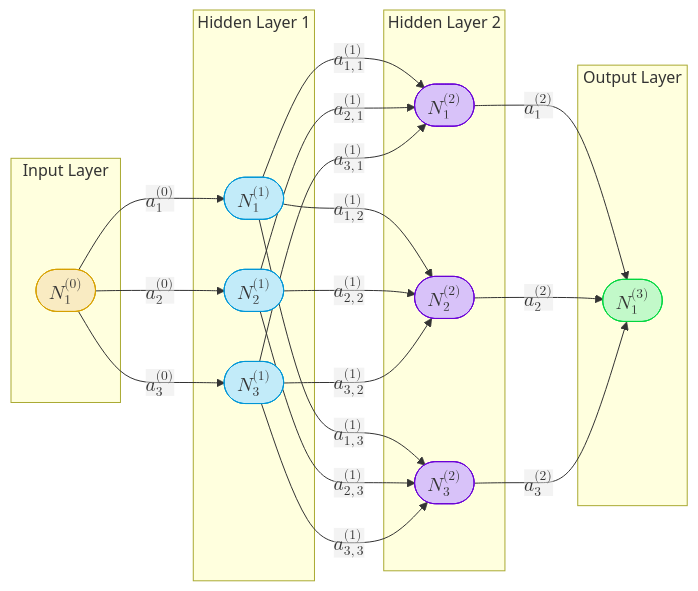
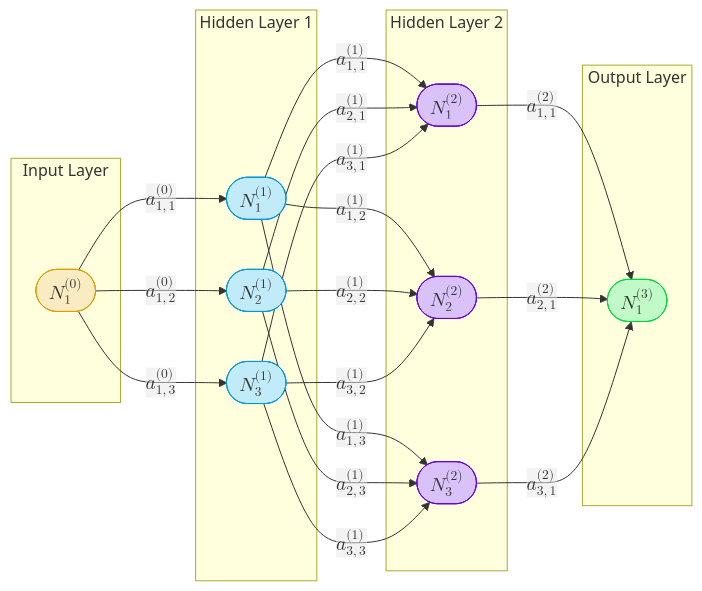
Before and after one commit to KevinJKoning/SEH: the first of 4 diagrams in quarto/2.4-machine_learning.qmd, drawn with Mermaid. The commit also changed other lines of this file, not shown here.

````diff
--- a/quarto/2.4-machine_learning.qmd
+++ b/quarto/2.4-machine_learning.qmd
@@ -93,52 +99,52 @@
 ```{mermaid}
 graph LR
   %% Define classes with desired styles
   classDef inputLayer fill:#f9ebc2,stroke:#d6a000;
   classDef hiddenLayer1 fill:#c2ebf9,stroke:#0096d6;
   classDef hiddenLayer2 fill:#d8c2f9,stroke:#6a00d6;
   classDef outputLayer fill:#c2f9c9,stroke:#00d640;
 
   subgraph Input Layer
     N1(["$$N^{(0)}_{1}$$"])
     class N1 inputLayer;
   end
 
   subgraph Hidden Layer 1
     N2(["$$N^{(1)}_{1}$$"])
     N3(["$$N^{(1)}_{2}$$"])
     N4(["$$N^{(1)}_{3}$$"])
     class N2,N3,N4 hiddenLayer1;
   end
 
   subgraph Hidden Layer 2
     N5(["$$N^{(2)}_{1}$$"])
     N6(["$$N^{(2)}_{2}$$"])
     N7(["$$N^{(2)}_{3}$$"])
     class N5,N6,N7 hiddenLayer2;
   end
 
   subgraph Output Layer
     N8(["$$N^{(3)}_{1}$$"])
     class N8 outputLayer;
   end
 
-  N1 -->|"$$a^{(0)}_{1}$$"| N2
-  N1 -->|"$$a^{(0)}_{2}$$"| N3
-  N1 -->|"$$a^{(0)}_{3}$$"| N4
+  N1 -->|"$$a^{(0)}_{1,1}$$"| N2
+  N1 -->|"$$a^{(0)}_{1,2}$$"| N3
+  N1 -->|"$$a^{(0)}_{1,3}$$"| N4
   
   N2 -->|"$$a^{(1)}_{1,1}$$"| N5
   N2 -->|"$$a^{(1)}_{1,2}$$"| N6
   N2 -->|"$$a^{(1)}_{1,3}$$"| N7
   
   N3 -->|"$$a^{(1)}_{2,1}$$"| N5
   N3 -->|"$$a^{(1)}_{2,2}$$"| N6
   N3 -->|"$$a^{(1)}_{2,3}$$"| N7
   
   N4 -->|"$$a^{(1)}_{3,1}$$"| N5
   N4 -->|"$$a^{(1)}_{3,2}$$"| N6
   N4 -->|"$$a^{(1)}_{3,3}$$"| N7
   
-  N5 -->|"$$a^{(2)}_{1}$$"| N8
-  N6 -->|"$$a^{(2)}_{2}$$"| N8
-  N7 -->|"$$a^{(2)}_{3}$$"| N8
+  N5 -->|"$$a^{(2)}_{1,1}$$"| N8
+  N6 -->|"$$a^{(2)}_{2,1}$$"| N8
+  N7 -->|"$$a^{(2)}_{3,1}$$"| N8
 ```
````
